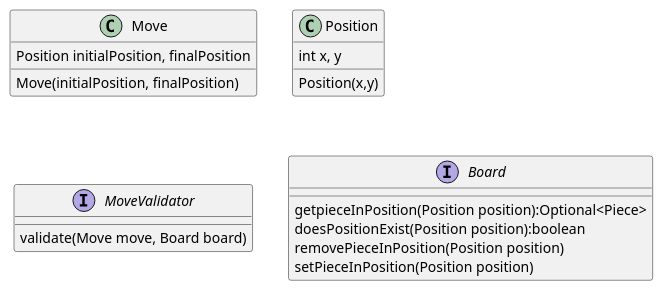
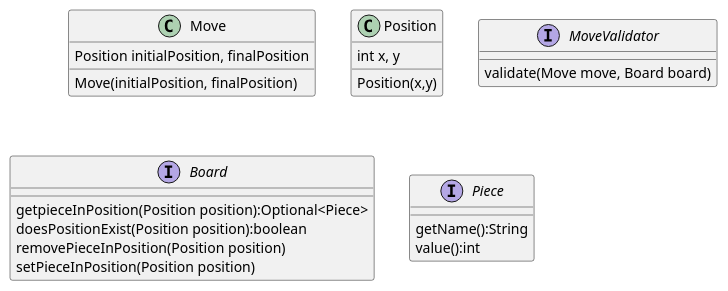
One commit to jalopbauer/chess changed the diagram in chess.puml. Above: the diagram before and after it, drawn with PlantUML.

```diff
--- a/chess.puml
+++ b/chess.puml
@@ -1,20 +1,25 @@
 @startuml Chess
 class Move
 Move : Position initialPosition, finalPosition
 Move : Move(initialPosition, finalPosition)
 
 class Position
 Position : int x, y
 Position : Position(x,y)
 
 interface MoveValidator
 MoveValidator : validate(Move move, Board board)
 
 ' Piece Handler
 interface Board
 Board : getpieceInPosition(Position position):Optional<Piece>
 Board : doesPositionExist(Position position):boolean
 Board : removePieceInPosition(Position position)
 Board : setPieceInPosition(Position position)
 
+interface Piece
+Piece : getName():String
+Piece : value():int
+
+
 @enduml
```
